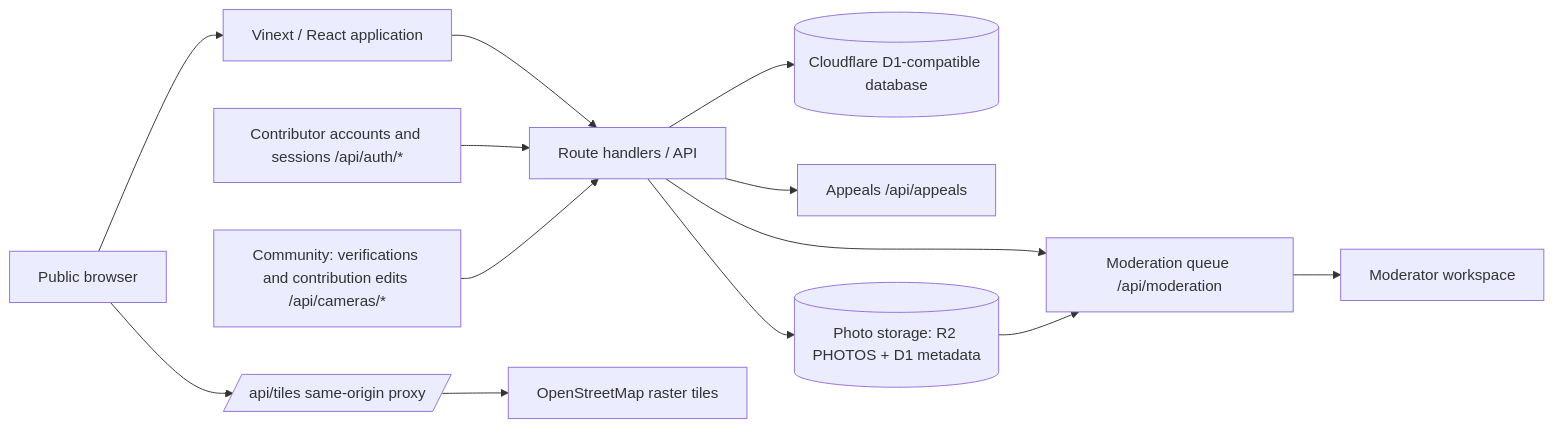
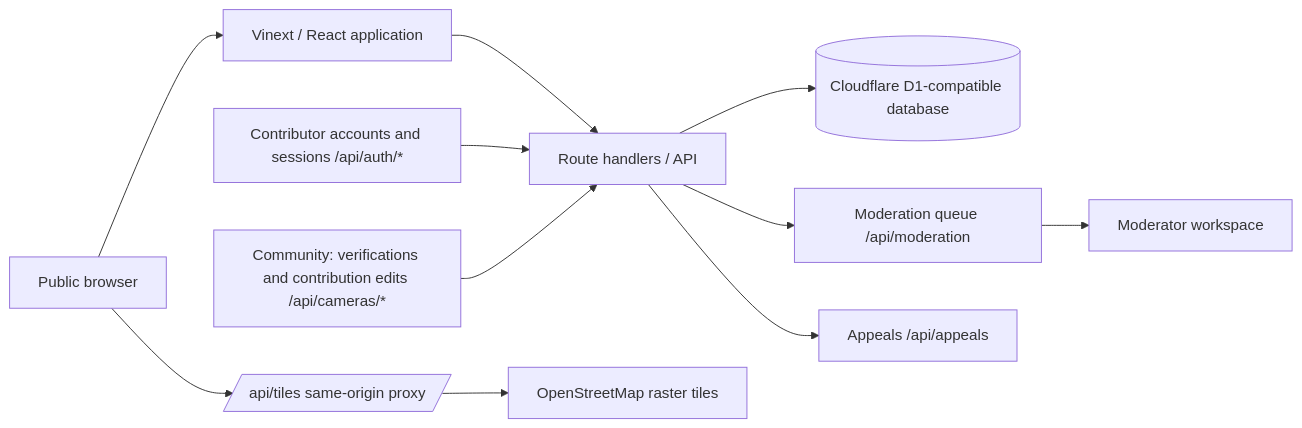
Before and after one commit to Syax89/open-surveillance-db: the first of 2 diagrams in docs/ARCHITECTURE.md, drawn with Mermaid. The commit also changed other lines of this file and 56 other files, not shown here.

````diff
--- a/docs/ARCHITECTURE.md
+++ b/docs/ARCHITECTURE.md
@@ -7,15 +7,13 @@
 ```mermaid
 flowchart LR
   Browser[Public browser] --> Web[Vinext / React application]
   Web --> API[Route handlers / API]
   API --> D1[(Cloudflare D1-compatible database)]
   Browser --> Tiles[/api/tiles same-origin proxy/]
   Tiles --> OSM[OpenStreetMap raster tiles]
   Auth[Contributor accounts and sessions /api/auth/*] --> API
   API --> Queue[Moderation queue /api/moderation]
   Queue --> Moderator[Moderator workspace]
   API --> Appeals[Appeals /api/appeals]
-  API --> Photos[(Photo storage: R2 PHOTOS + D1 metadata)]
-  Photos --> Queue
   Community[Community: verifications and contribution edits /api/cameras/*] --> API
 ```
````
